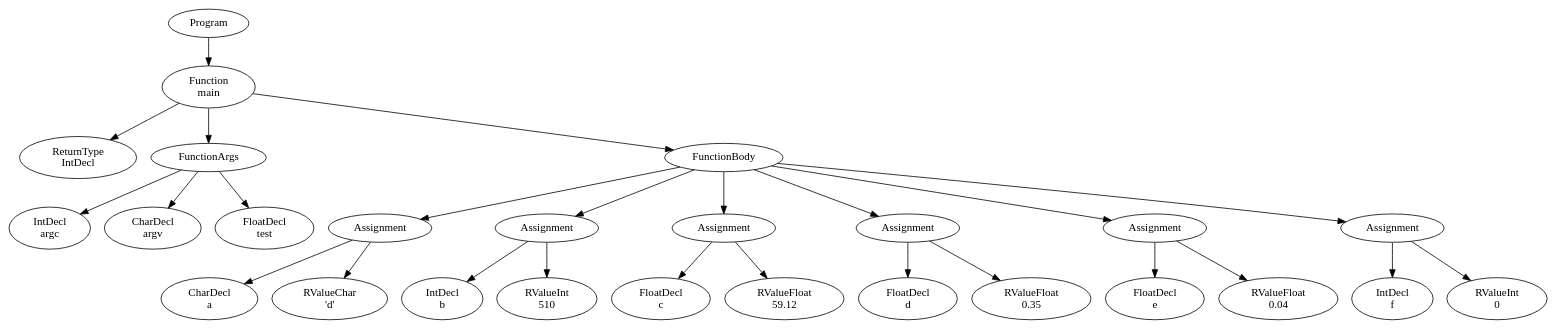
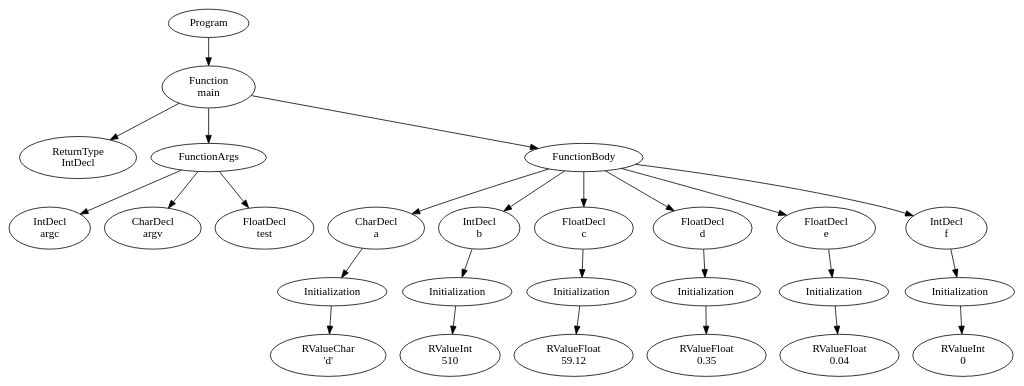
One commit to FedericoQuin/Compilers changed the diagram in official/res/solutions/assignments2.dot. Above: the diagram before and after it, drawn with Graphviz. The commit also changed 19 other files, not shown here.

```diff
--- a/official/res/solutions/assignments2.dot
+++ b/official/res/solutions/assignments2.dot
@@ -1,53 +1,53 @@
 digraph AST {
 1 [label="Program"];
 2 [label="Function \nmain"];
 3 [label="ReturnType \nIntDecl"];
 4 [label="FunctionArgs"];
 5 [label="IntDecl \nargc"];
 6 [label="CharDecl \nargv"];
 7 [label="FloatDecl \ntest"];
 4 -> 5;
 4 -> 6;
 4 -> 7;
 8 [label="FunctionBody"];
-9 [label="Assignment"];
-10 [label="CharDecl \na"];
+9 [label="CharDecl \na"];
+10 [label="Initialization"];
 11 [label="RValueChar \n'd'"];
+10 -> 11;
 9 -> 10;
-9 -> 11;
-12 [label="Assignment"];
-13 [label="IntDecl \nb"];
+12 [label="IntDecl \nb"];
+13 [label="Initialization"];
 14 [label="RValueInt \n510"];
+13 -> 14;
 12 -> 13;
-12 -> 14;
-15 [label="Assignment"];
-16 [label="FloatDecl \nc"];
+15 [label="FloatDecl \nc"];
+16 [label="Initialization"];
 17 [label="RValueFloat \n59.12"];
+16 -> 17;
 15 -> 16;
-15 -> 17;
-18 [label="Assignment"];
-19 [label="FloatDecl \nd"];
+18 [label="FloatDecl \nd"];
+19 [label="Initialization"];
 20 [label="RValueFloat \n0.35"];
+19 -> 20;
 18 -> 19;
-18 -> 20;
-21 [label="Assignment"];
-22 [label="FloatDecl \ne"];
+21 [label="FloatDecl \ne"];
+22 [label="Initialization"];
 23 [label="RValueFloat \n0.04"];
+22 -> 23;
 21 -> 22;
-21 -> 23;
-24 [label="Assignment"];
-25 [label="IntDecl \nf"];
+24 [label="IntDecl \nf"];
+25 [label="Initialization"];
 26 [label="RValueInt \n0"];
+25 -> 26;
 24 -> 25;
-24 -> 26;
 8 -> 9;
 8 -> 12;
 8 -> 15;
 8 -> 18;
 8 -> 21;
 8 -> 24;
 2 -> 3;
 2 -> 4;
 2 -> 8;
 1 -> 2;
 }
```
